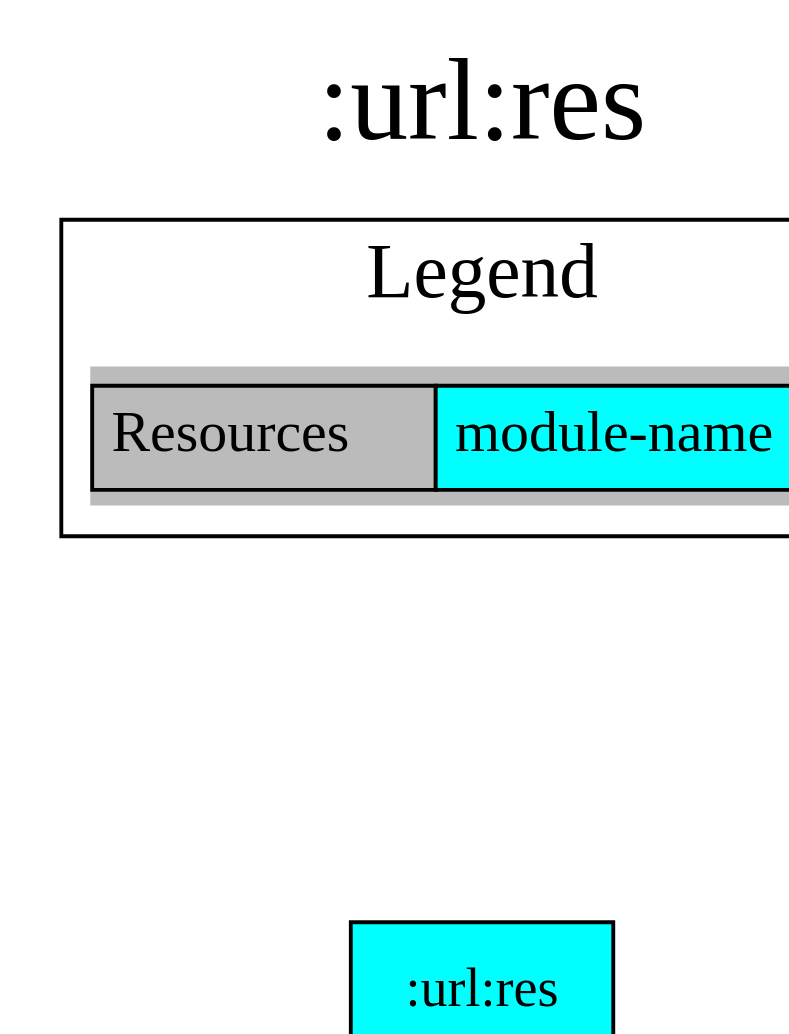
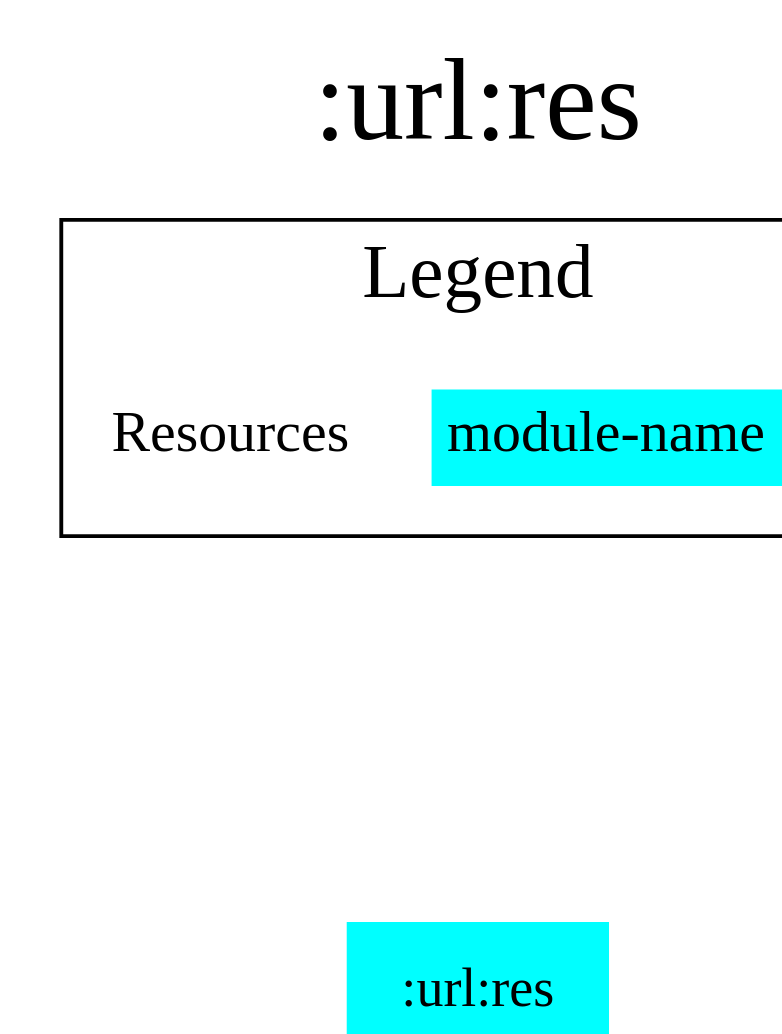
The diagram in modules/url/res/project-dependency-graph.dot (jonapoul/aktual), drawn with Graphviz before and after one commit. The commit also changed 117 other files, not shown here.

Commit message:
Reworked diagrams plugin a bit

```diff
--- a/modules/url/res/project-dependency-graph.dot
+++ b/modules/url/res/project-dependency-graph.dot
@@ -1,20 +1,20 @@
 digraph {
 edge ["dir"="forward"]
 graph ["dpi"="100","label"=":url:res","labelloc"="t","fontsize"="30","ranksep"="1.5","rankdir"="TB"]
 node ["style"="filled"]
-":url:res" ["shape"="box","fillcolor"="#00FFFF"]
+":url:res" ["shape"="none","fillcolor"="#00FFFF"]
 {
 edge ["dir"="none"]
 graph ["rank"="same"]
 ":url:res"
 }
 subgraph "cluster_legend" {
 edge ["dir"="none"]
 graph ["label"="Legend","fontsize"="20"]
-"Legend" ["style"="filled","fillcolor"="#bbbbbb","shape"="none","margin"="0","fontsize"="15","label"=<
-<TABLE BORDER="0" CELLBORDER="1" CELLSPACING="0" CELLPADDING="4">
+"Legend" ["style"="filled","fillcolor"="#FFFFFF","shape"="none","margin"="0","fontsize"="15","label"=<
+<TABLE BORDER="0" CELLBORDER="0" CELLSPACING="0" CELLPADDING="4">
 <TR><TD>Resources</TD><TD BGCOLOR="#00FFFF">module-name</TD></TR>
 </TABLE>
 >]
 } -> ":url:res" ["style"="invis"]
 }
```
